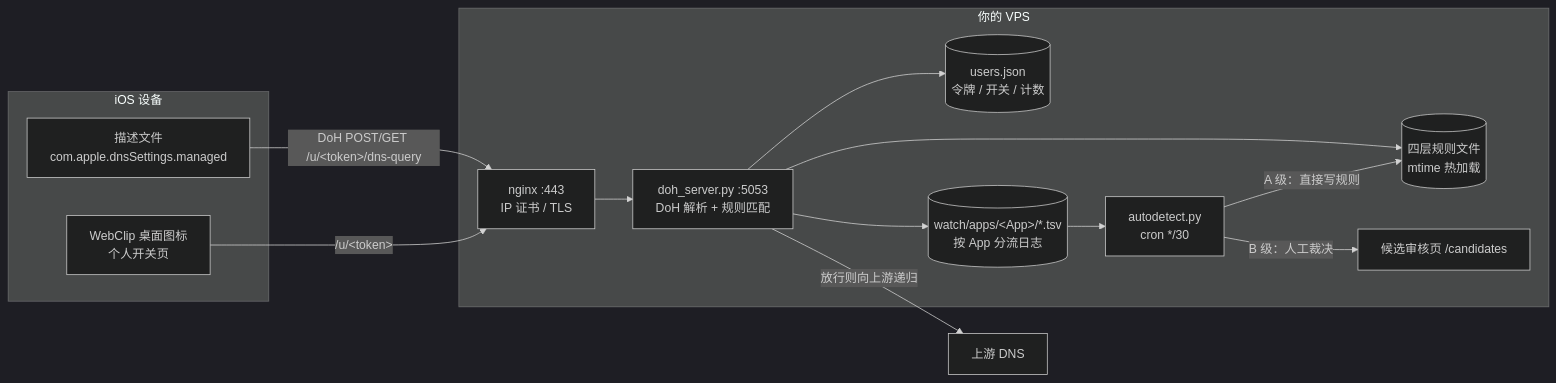
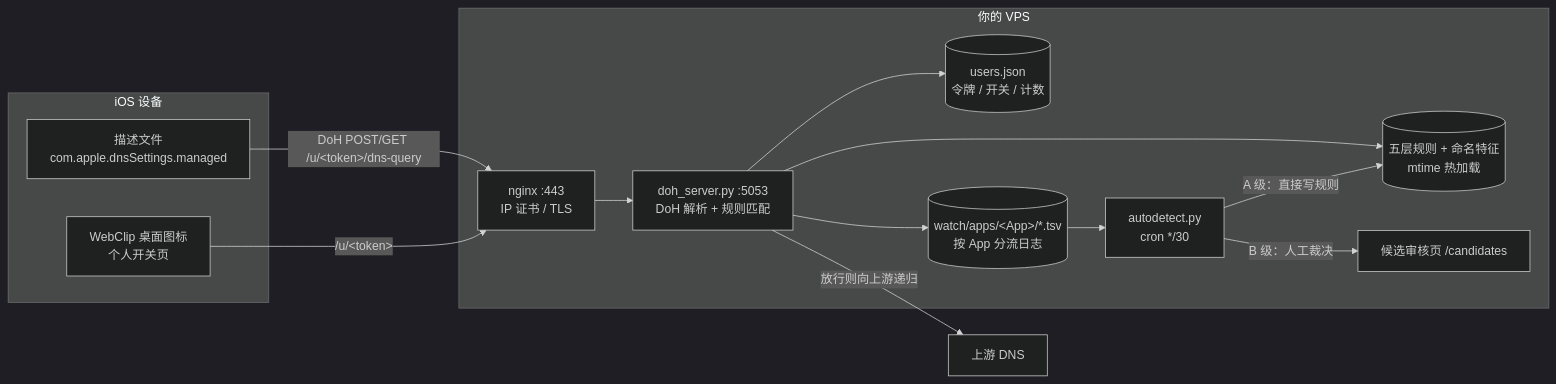
One commit to wangdanian/hongguo-doh changed the diagram in README.md. Above: the diagram before and after it, drawn with Mermaid (dark theme). The commit also changed other lines of this file and 8 other files, not shown here.

````diff
--- a/README.md
+++ b/README.md
@@ -40,25 +40,25 @@
 ```mermaid
 flowchart LR
     subgraph iOS["iOS 设备"]
         P["描述文件<br/>com.apple.dnsSettings.managed"]
         W["WebClip 桌面图标<br/>个人开关页"]
     end
     subgraph VPS["你的 VPS"]
         N["nginx :443<br/>IP 证书 / TLS"]
         D["doh_server.py :5053<br/>DoH 解析 + 规则匹配"]
-        R[("四层规则文件<br/>mtime 热加载")]
+        R[("五层规则 + 命名特征<br/>mtime 热加载")]
         U[("users.json<br/>令牌 / 开关 / 计数")]
         L[("watch/apps/&lt;App&gt;/*.tsv<br/>按 App 分流日志")]
         A["autodetect.py<br/>cron */30"]
         C["候选审核页 /candidates"]
     end
     P -->|"DoH POST/GET /u/&lt;token&gt;/dns-query"| N --> D
     W -->|"/u/&lt;token&gt;"| N
     D --> R
     D --> U
     D --> L
     L --> A
     A -->|"A 级：直接写规则"| R
     A -->|"B 级：人工裁决"| C
     D -->|"放行则向上游递归"| UP["上游 DNS"]
 ```
````
